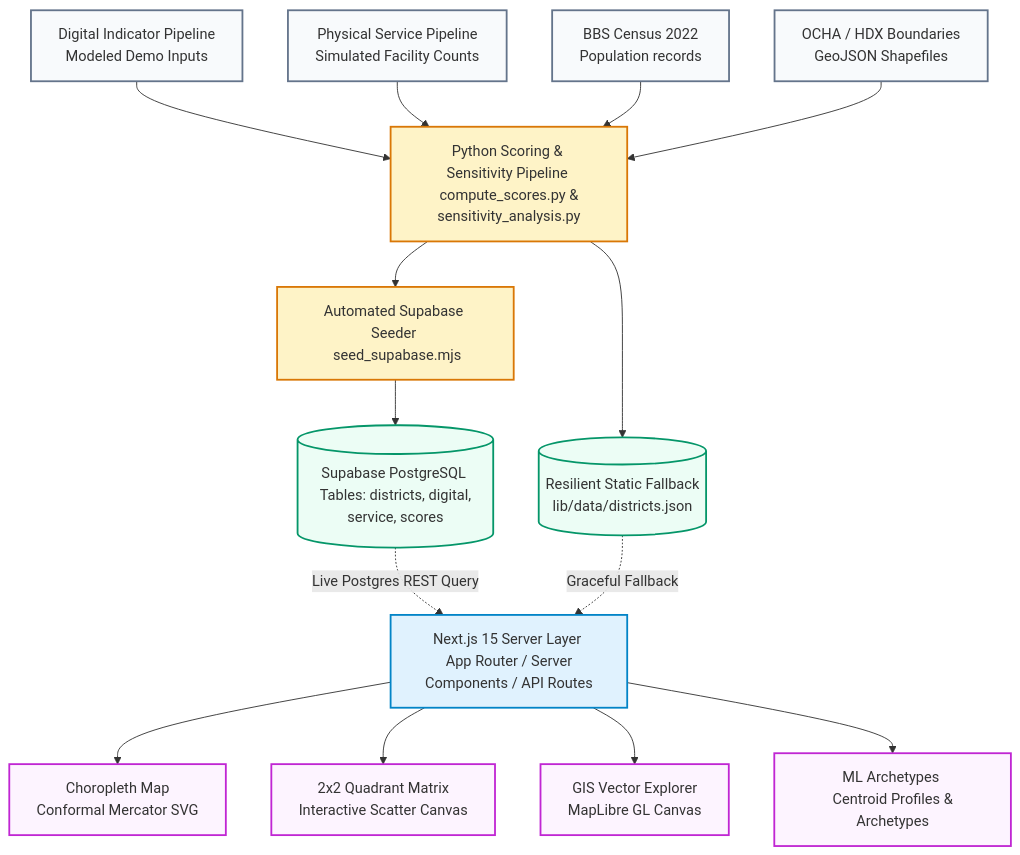
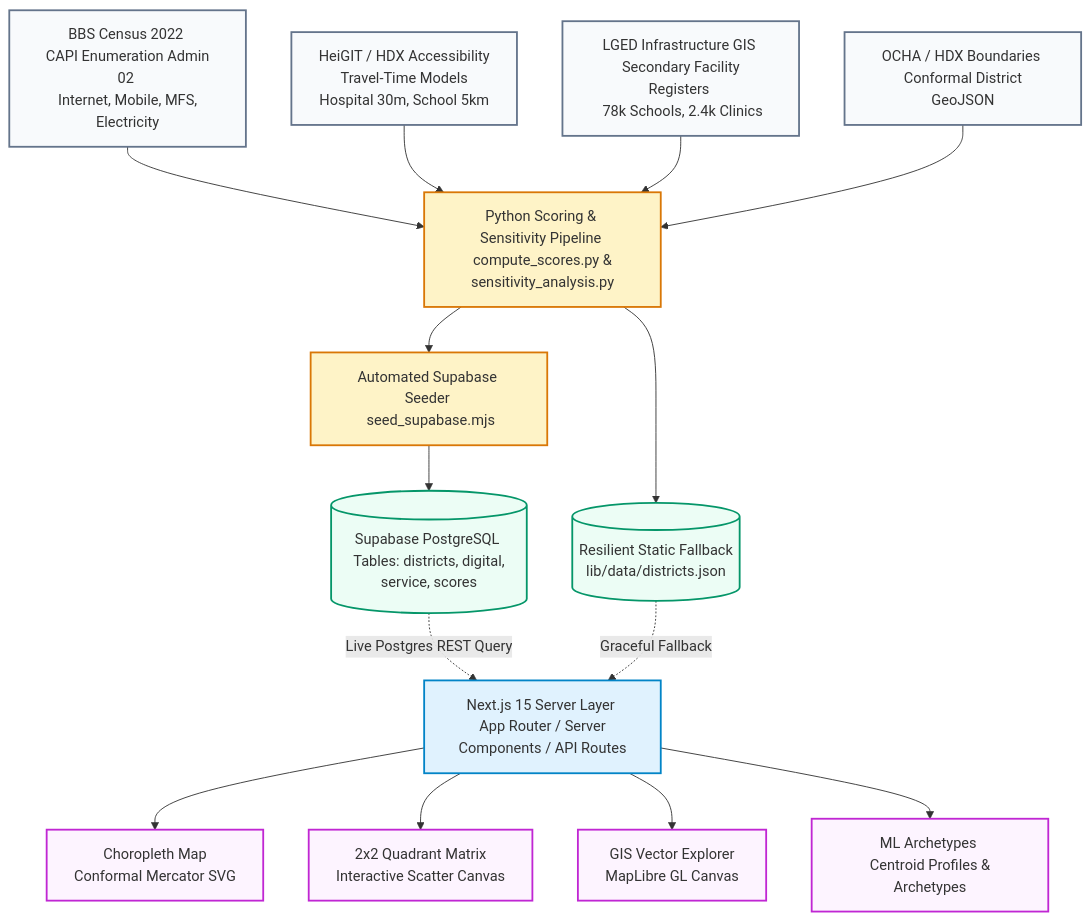
Before and after one commit to mhjayeed715/Double-Gap-Index-DGI: the diagram in README.md, drawn with Mermaid. The commit also changed other lines of this file and 3 other files, not shown here.

Commit message:
docs: align architecture diagrams and citations with empirical census sources

````diff
--- a/README.md
+++ b/README.md
@@ -210,43 +210,43 @@
 ```mermaid
 graph TD
     classDef source fill:#f8fafc,stroke:#64748b,stroke-width:2px;
     classDef etl fill:#fef3c7,stroke:#d97706,stroke-width:2px;
     classDef db fill:#ecfdf5,stroke:#059669,stroke-width:2px;
     classDef web fill:#e0f2fe,stroke:#0284c7,stroke-width:2px;
     classDef ui fill:#fdf4ff,stroke:#c026d3,stroke-width:2px;
 
-    BBS[Digital Indicator Pipeline <br> Modeled Demo Inputs]:::source
-    OSM[Physical Service Pipeline <br> Simulated Facility Counts]:::source
-    POP[BBS Census 2022 <br> Population records]:::source
-    GEO[OCHA / HDX Boundaries <br> GeoJSON Shapefiles]:::source
+    BBS[BBS Census 2022 <br> CAPI Enumeration Admin 02 <br> Internet, Mobile, MFS, Electricity]:::source
+    HEI[HeiGIT / HDX Accessibility <br> Travel-Time Models <br> Hospital 30m, School 5km]:::source
+    LGED[LGED Infrastructure GIS <br> Secondary Facility Registers <br> 78k Schools, 2.4k Clinics]:::source
+    GEO[OCHA / HDX Boundaries <br> Conformal District GeoJSON]:::source
 
     ETL[Python Scoring & Sensitivity Pipeline <br> compute_scores.py & sensitivity_analysis.py]:::etl
     SEED[Automated Supabase Seeder <br> seed_supabase.mjs]:::etl
 
     SUPA[(Supabase PostgreSQL <br> Tables: districts, digital, service, scores)]:::db
     JSON[(Resilient Static Fallback <br> lib/data/districts.json)]:::db
 
     SERVER[Next.js 15 Server Layer <br> App Router / Server Components / API Routes]:::web
 
     MAP[Choropleth Map <br> Conformal Mercator SVG]:::ui
     QUAD[2x2 Quadrant Matrix <br> Interactive Scatter Canvas]:::ui
     GIS[GIS Vector Explorer <br> MapLibre GL Canvas]:::ui
     ML[ML Archetypes <br> Centroid Profiles & Archetypes]:::ui
 
     BBS --> ETL
-    OSM --> ETL
-    POP --> ETL
+    HEI --> ETL
+    LGED --> ETL
     GEO --> ETL
 
     ETL --> SEED
     ETL --> JSON
     SEED --> SUPA
 
     SUPA -.->|Live Postgres REST Query| SERVER
     JSON -.->|Graceful Fallback| SERVER
 
     SERVER --> MAP
     SERVER --> QUAD
     SERVER --> GIS
     SERVER --> ML
 ```
````
